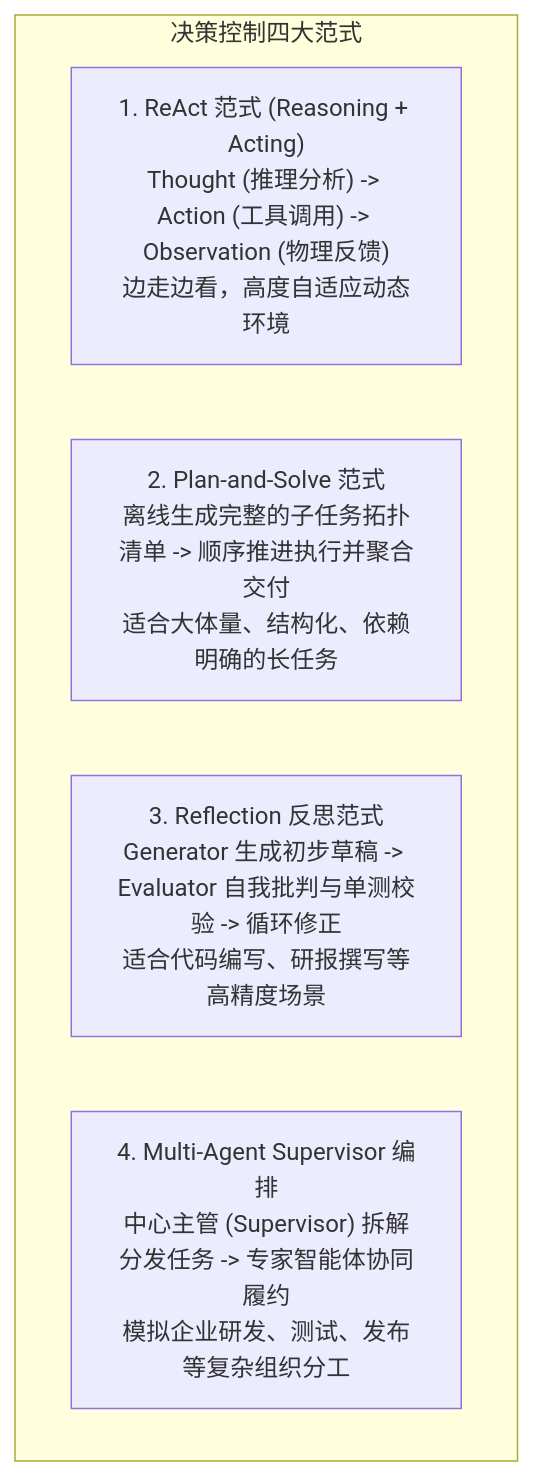
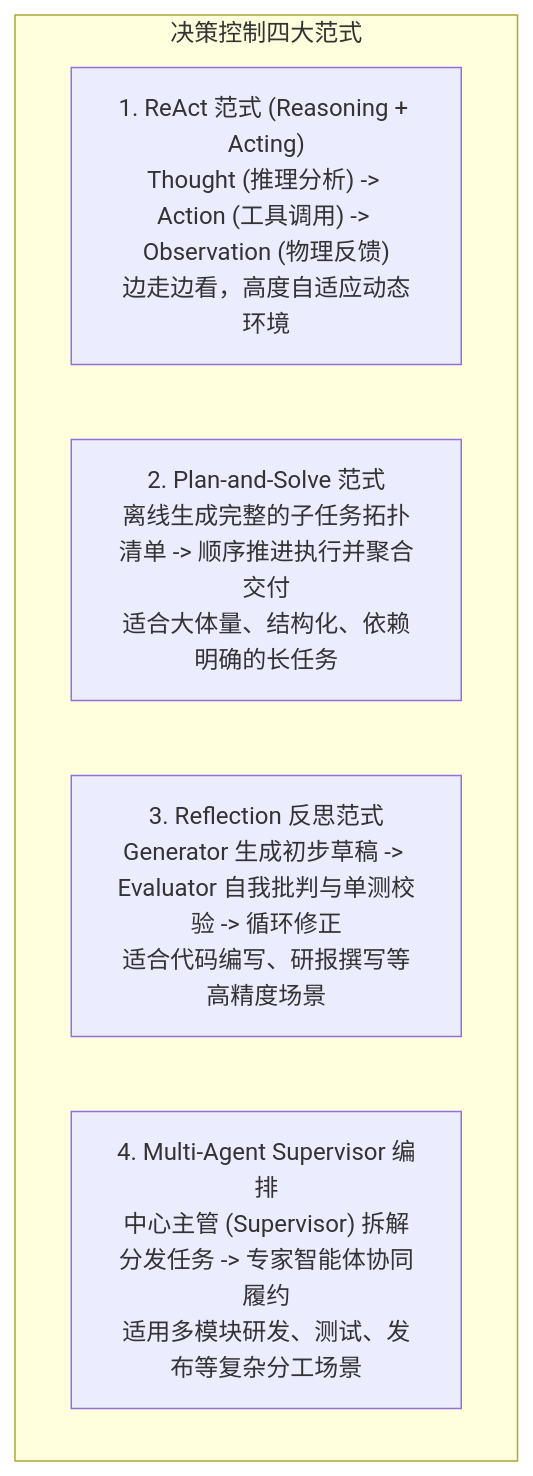
One commit to GuoWWWX/knowledge-base changed the third of 4 diagrams in 10-AI应用开发/05-Agent-MCP-Skills/00-Agent-MCP-Skills全景与心智模型.md. Above: the diagram before and after it, drawn with Mermaid. The commit also changed other lines of this file and 251 other files, not shown here.

````diff
--- a/10-AI应用开发/05-Agent-MCP-Skills/00-Agent-MCP-Skills全景与心智模型.md
+++ b/10-AI应用开发/05-Agent-MCP-Skills/00-Agent-MCP-Skills全景与心智模型.md
@@ -110,9 +110,9 @@
 ```mermaid
 flowchart TD
     subgraph 决策控制四大范式
         M1["1. ReAct 范式 (Reasoning + Acting)<br/>Thought (推理分析) -> Action (工具调用) -> Observation (物理反馈)<br/>边走边看，高度自适应动态环境"]
         M2["2. Plan-and-Solve 范式<br/>离线生成完整的子任务拓扑清单 -> 顺序推进执行并聚合交付<br/>适合大体量、结构化、依赖明确的长任务"]
         M3["3. Reflection 反思范式<br/>Generator 生成初步草稿 -> Evaluator 自我批判与单测校验 -> 循环修正<br/>适合代码编写、研报撰写等高精度场景"]
-        M4["4. Multi-Agent Supervisor 编排<br/>中心主管 (Supervisor) 拆解分发任务 -> 专家智能体协同履约<br/>模拟企业研发、测试、发布等复杂组织分工"]
+        M4["4. Multi-Agent Supervisor 编排<br/>中心主管 (Supervisor) 拆解分发任务 -> 专家智能体协同履约<br/>适用多模块研发、测试、发布等复杂分工场景"]
     end
 ```
````
